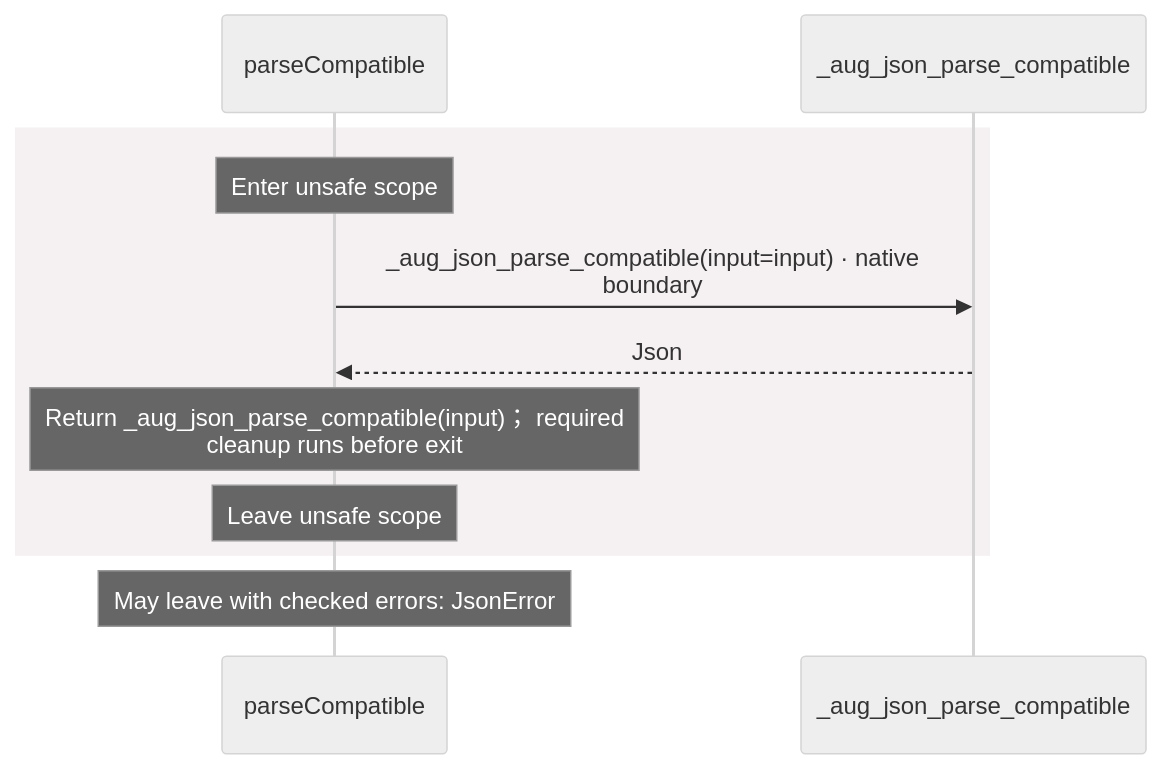
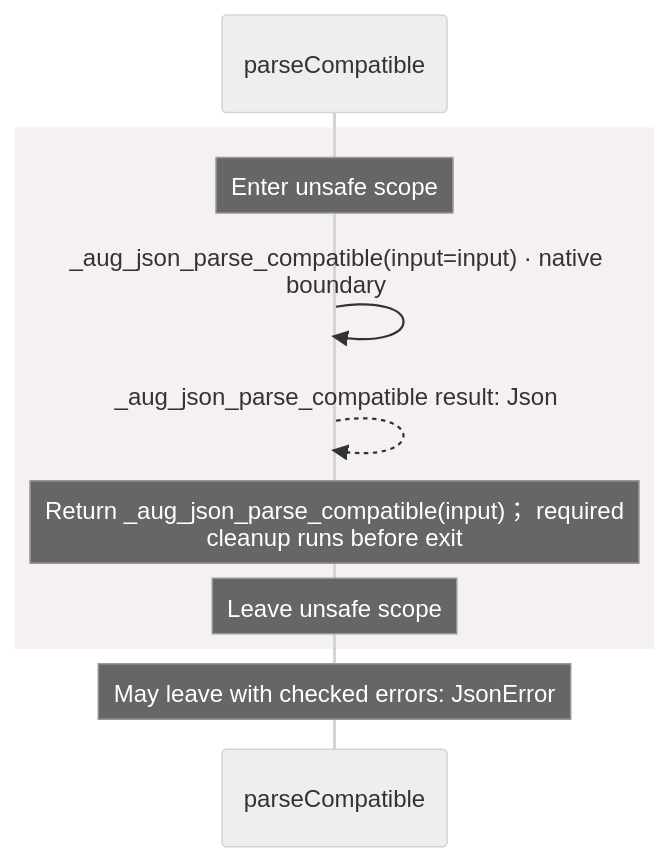
The second of 2 diagrams in src/stdlib/json/contracts.aug.diagrams.md (GreenPandaStudios/augscript), drawn with Mermaid (neutral theme) before and after one commit. The commit also changed other lines of this file and 304 other files, not shown here.

Commit message:
Make generated data-flow sequences concise and review every diagram

````diff
--- a/src/stdlib/json/contracts.aug.diagrams.md
+++ b/src/stdlib/json/contracts.aug.diagrams.md
@@ -69,13 +54,13 @@
 ```mermaid
 sequenceDiagram
     participant p0 as parseCompatible
-    participant p1 as _aug_json_parse_compatible
+
     rect rgb(245, 240, 241)
     Note over p0: Enter unsafe scope
-    p0->>p1: _aug_json_parse_compatible(input=input) · native<br/>boundary
-    p1-->>p0: Json
+    p0->>p0: _aug_json_parse_compatible(input=input) · native<br/>boundary
+    p0-->>p0: _aug_json_parse_compatible result: Json
     Note over p0: Return _aug_json_parse_compatible(input)； required<br/>cleanup runs before exit
     Note over p0: Leave unsafe scope
     end
     Note over p0: May leave with checked errors: JsonError
 ```
````
